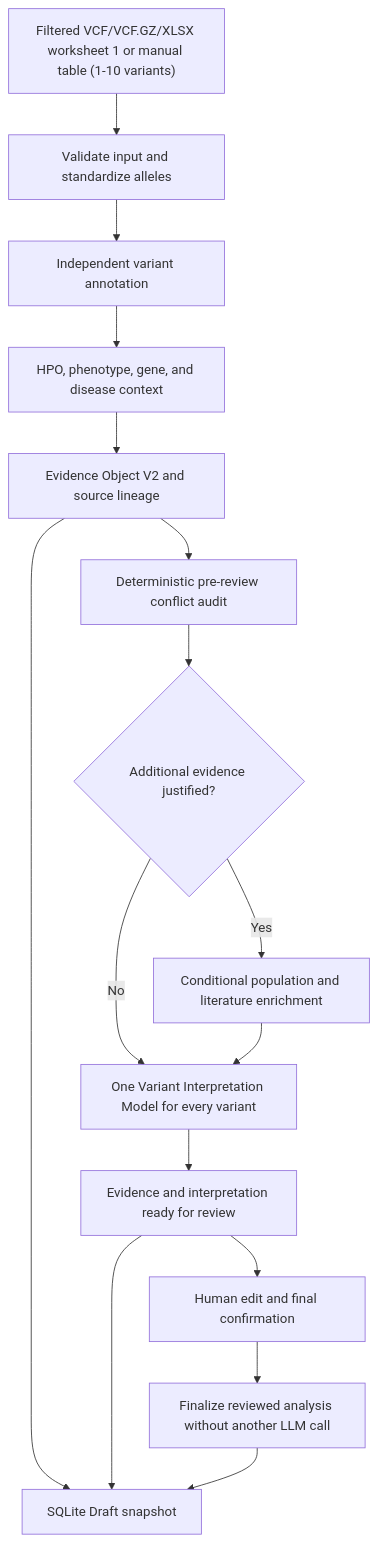
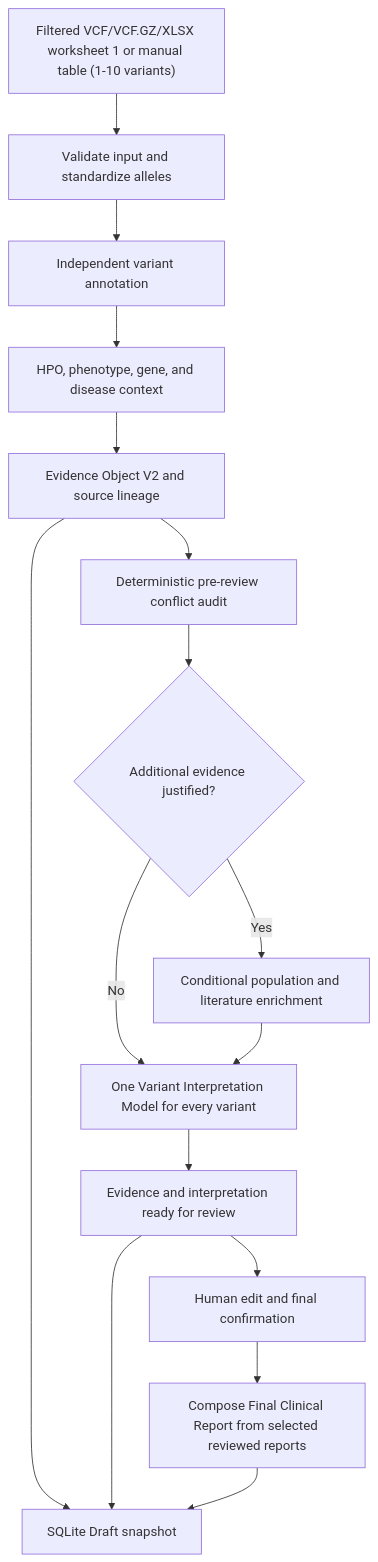
Before and after one commit to parhamKIY/CLINCAL_VARIANT_WEB_APPLICATION: the diagram in README.md, drawn with Mermaid. The commit also changed other lines of this file and 8 other files, not shown here.

Commit message:
Implement Stage 56 Final Clinical Report composer

````diff
--- a/README.md
+++ b/README.md
@@ -222,18 +240,18 @@
 ```mermaid
 flowchart TD
     I["Filtered VCF/VCF.GZ/XLSX worksheet 1 or manual table (1-10 variants)"] --> V["Validate input and standardize alleles"]
     V --> A["Independent variant annotation"]
     A --> P["HPO, phenotype, gene, and disease context"]
     P --> E["Evidence Object V2 and source lineage"]
     E --> C1["Deterministic pre-review conflict audit"]
     C1 --> X{"Additional evidence justified?"}
     X -- Yes --> CE["Conditional population and literature enrichment"]
     X -- No --> VI
     CE --> VI["One Variant Interpretation Model for every variant"]
     VI --> D["Evidence and interpretation ready for review"]
     D --> H["Human edit and final confirmation"]
-    H --> F["Finalize reviewed analysis without another LLM call"]
+    H --> F["Compose Final Clinical Report from selected reviewed reports"]
     E --> DB["SQLite Draft snapshot"]
     D --> DB
     F --> DB
 ```
````
